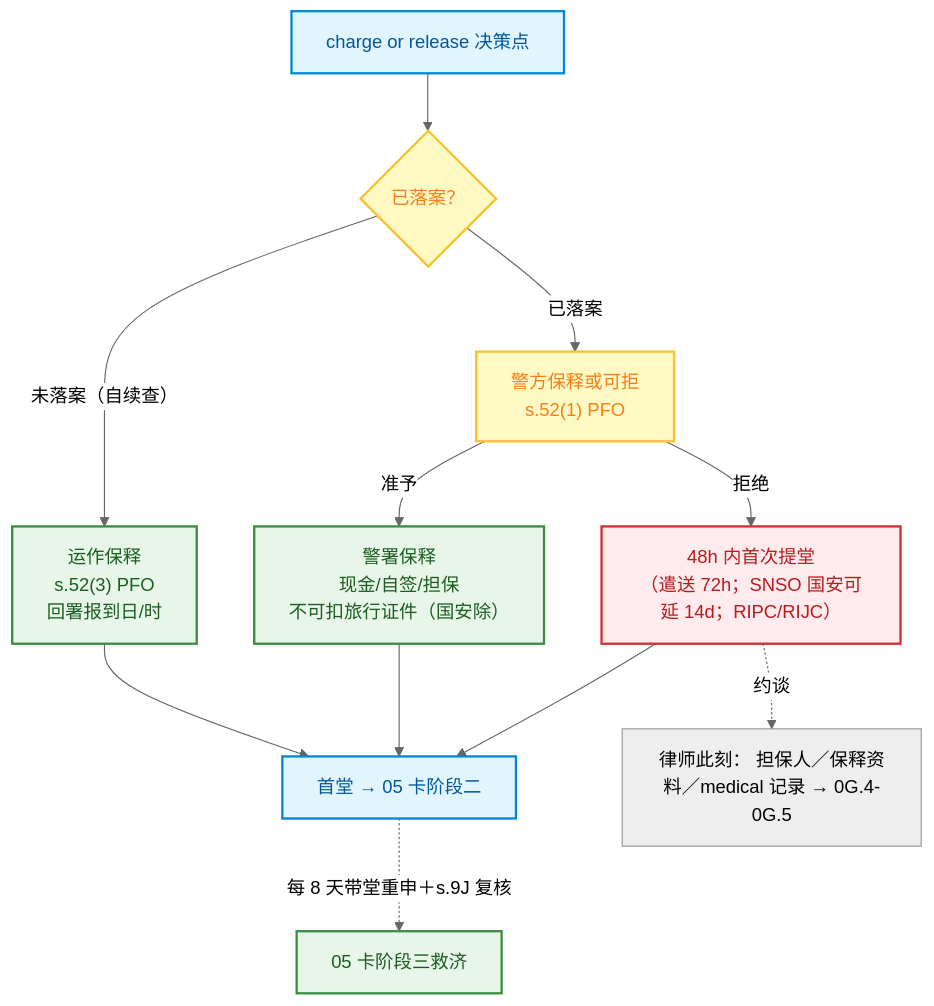
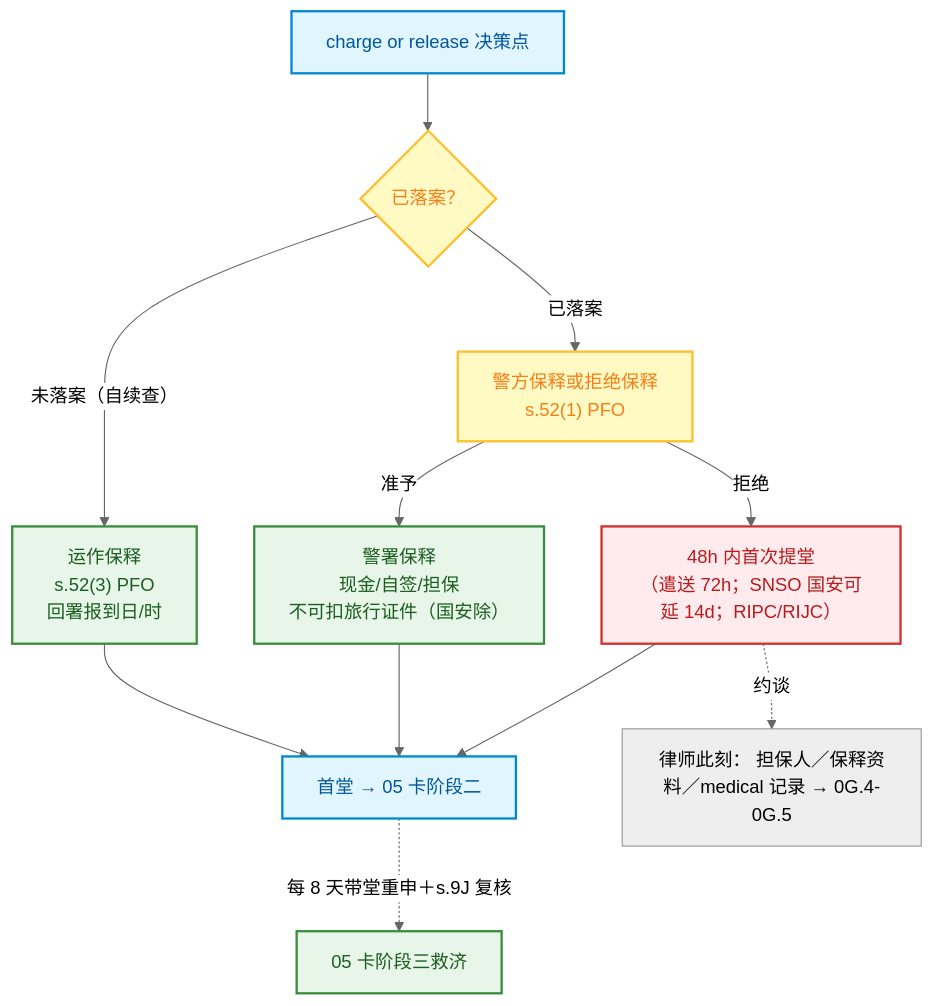
The second of 2 diagrams in src/content/docs/institutions/07-institution-investigation-rights.md (mixxmax/pcll-criminal-cards), drawn with Mermaid (neutral theme) before and after one commit. The commit also changed other lines of this file, not shown here.

````diff
--- a/src/content/docs/institutions/07-institution-investigation-rights.md
+++ b/src/content/docs/institutions/07-institution-investigation-rights.md
@@ -311,18 +308,18 @@
 ```mermaid
 flowchart TD
  classDef init fill:#E1F5FE,stroke:#0288D1,stroke-width:2px,color:#01579B;
  classDef check fill:#FFF9C4,stroke:#FBC02D,stroke-width:2px,color:#F57F17;
  classDef action fill:#E8F5E9,stroke:#388E3C,stroke-width:2px,color:#1B5E20;
  classDef warn fill:#FFEBEE,stroke:#D32F2F,stroke-width:2px,color:#B71C1C;
 
  A["charge or release 决策点"]:::init --> B{"已落案？"}:::check
  B -->|未落案（自续查）| C["运作保释<br>s.52(3) PFO<br>回署报到日/时"]:::action
- B -->|已落案| D["警方保释或可拒<br>s.52(1) PFO"]:::check
+ B -->|已落案| D["警方保释或拒绝保释<br>s.52(1) PFO"]:::check
  D -->|准予| E["警署保释<br>现金/自签/担保<br>不可扣旅行证件（国安除）"]:::action
  D -->|拒绝| F["48h 内首次提堂<br>（遣送 72h；SNSO 国安可延 14d；RIPC/RIJC）"]:::warn
  C --> G["首堂 → 05 卡阶段二"]:::init
  E --> G
  F --> G
  G -.->|每 8 天带堂重申＋s.9J 复核| H["05 卡阶段三救济"]:::action
  F -.约谈.-> I["律师此刻： 担保人／保释资料／medical 记录 → 0G.4-0G.5"]
 ```
````
